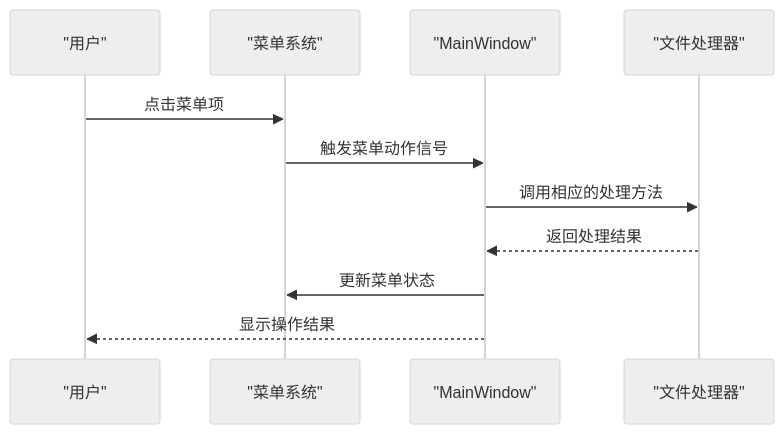
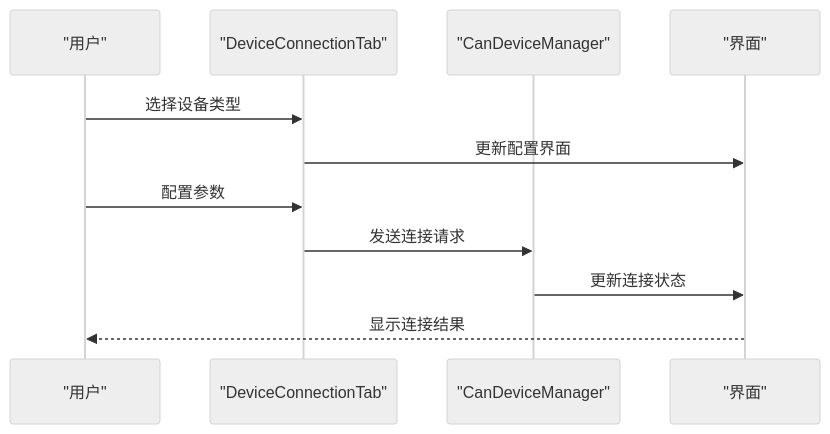
Before and after one commit to jakecai1225-design/OpenBus: the fifth of 7 diagrams in .qoder/repowiki/zh/content/核心模块详解/主窗口组件.md, drawn with Mermaid (neutral theme). The commit also changed other lines of this file and 16 other files, not shown here.

````diff
--- a/.qoder/repowiki/zh/content/核心模块详解/主窗口组件.md
+++ b/.qoder/repowiki/zh/content/核心模块详解/主窗口组件.md
@@ -343,13 +349,13 @@
 ```mermaid
 sequenceDiagram
 participant User as "用户"
-participant Menu as "菜单系统"
-participant MW as "MainWindow"
-participant FileHandler as "文件处理器"
-User->>Menu : 点击菜单项
-Menu->>MW : 触发菜单动作信号
-MW->>FileHandler : 调用相应的处理方法
-FileHandler-->>MW : 返回处理结果
-MW->>Menu : 更新菜单状态
-MW-->>User : 显示操作结果
+participant DCT as "DeviceConnectionTab"
+participant CDM as "CanDeviceManager"
+participant UI as "界面"
+User->>DCT : 选择设备类型
+DCT->>UI : 更新配置界面
+User->>DCT : 配置参数
+DCT->>CDM : 发送连接请求
+CDM->>UI : 更新连接状态
+UI-->>User : 显示连接结果
 ```
````
